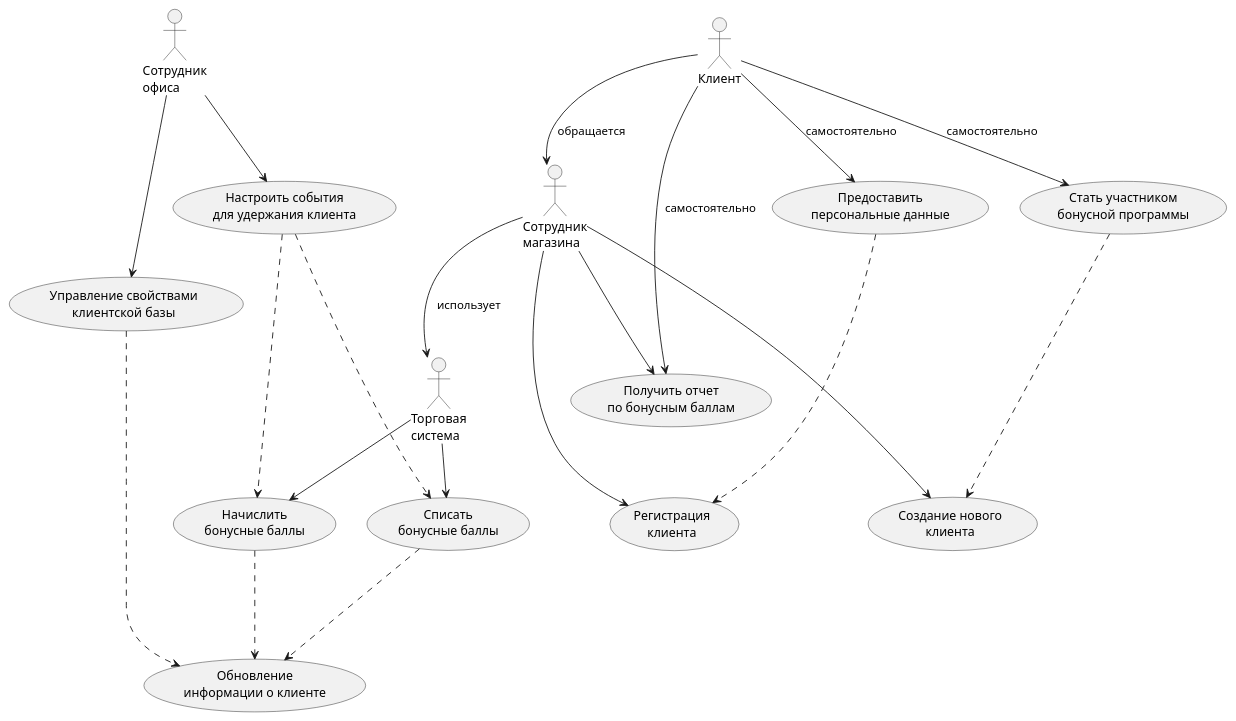
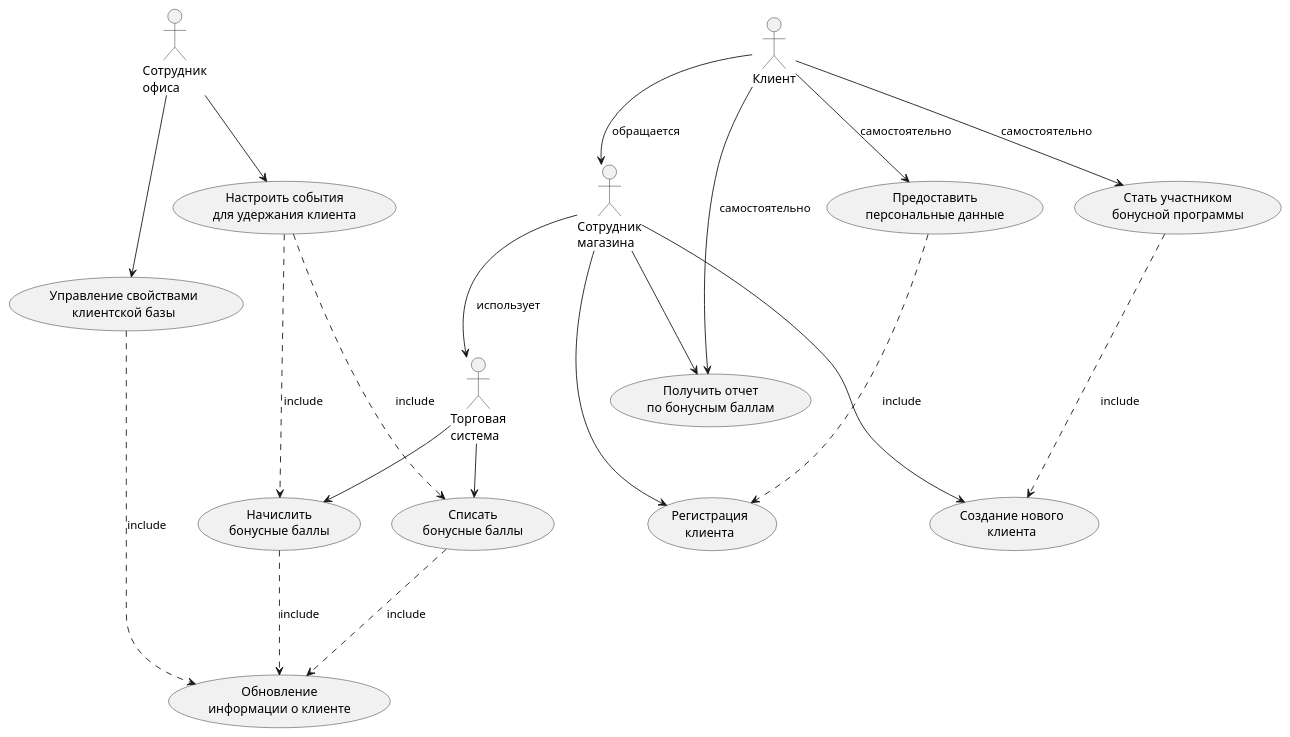
The diagram in usecase.puml (botokash/gb_ch3_task), drawn with PlantUML before and after one commit. The commit also changed 4 other files, not shown here.

```diff
--- a/usecase.puml
+++ b/usecase.puml
@@ -1,35 +1,35 @@
 @startuml usecase
 actor "Клиент" as client
 actor "Сотрудник\nмагазина" as store_employee
 actor "Сотрудник\nофиса" as office_employee
 actor "Торговая\nсистема" as trade_system
 usecase "Стать участником\nбонусной программы" as self_init
 usecase "Предоставить\nперсональные данные" as self_register
 usecase "Создание нового\nклиента" as client_init
 usecase "Регистрация\nклиента" as client_register
 usecase "Получить отчет\nпо бонусным баллам" as bonus_report
 usecase "Начислить\nбонусные баллы" as accrue_bonuses
 usecase "Списать\nбонусные баллы" as use_bonuses
 usecase "Настроить события\nдля удержания клиента" as set_events
 usecase "Управление свойствами\nклиентской базы" as client_update
 usecase "Обновление\nинформации о клиенте" as client_categorization
 client --> self_init : самостоятельно
 client --> self_register : самостоятельно
 client --> bonus_report : самостоятельно
 client --> store_employee : обращается
-self_init ...> client_init
-self_register ...> client_register
+self_init ...> client_init : include
+self_register ...> client_register : include
 store_employee --> client_init
 store_employee --> client_register
 store_employee --> bonus_report
 store_employee --> trade_system : использует
 trade_system --> accrue_bonuses
 trade_system --> use_bonuses
 office_employee --> set_events
 office_employee --> client_update
-set_events ...> accrue_bonuses
-set_events ...> use_bonuses
-client_update ...> client_categorization
-accrue_bonuses ...> client_categorization
-use_bonuses ...> client_categorization
+set_events ...> accrue_bonuses : include
+set_events ...> use_bonuses : include
+client_update ...> client_categorization : include
+accrue_bonuses ...> client_categorization : include
+use_bonuses ...> client_categorization : include
 @enduml
```
